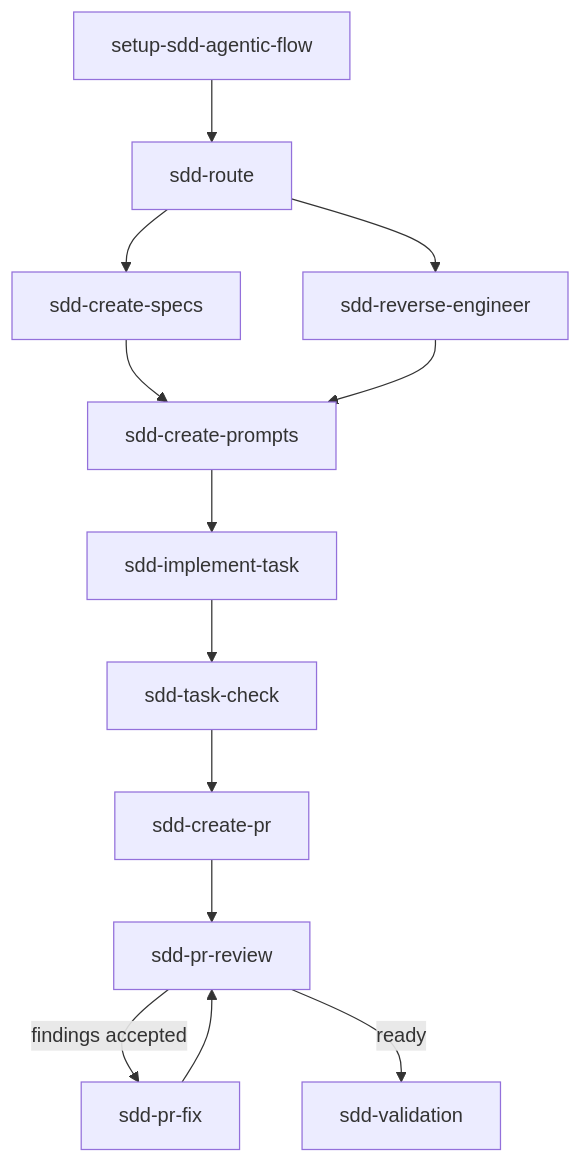
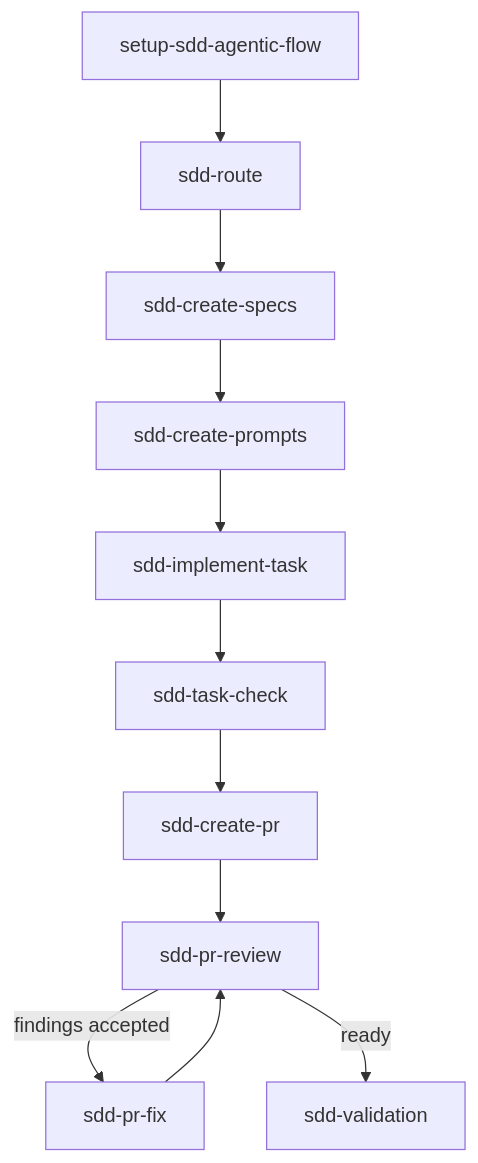
The diagram in README.md (gmartins-dev/sdd-agentic-flow), drawn with Mermaid before and after one commit. The commit also changed other lines of this file and 37 other files, not shown here.

First line of the commit message:
feat: v0.8.0 Flow Consolidation & Dynamic Project Context Release

````diff
--- a/README.md
+++ b/README.md
@@ -79,15 +82,13 @@
 ```mermaid
 flowchart TD
   setup[setup-sdd-agentic-flow] --> route[sdd-route]
   route --> specs[sdd-create-specs]
-  route --> reverse[sdd-reverse-engineer]
   specs --> prompts[sdd-create-prompts]
-  reverse --> prompts
   prompts --> implement[sdd-implement-task]
   implement --> check[sdd-task-check]
   check --> pr[sdd-create-pr]
   pr --> review[sdd-pr-review]
   review -->|findings accepted| fix[sdd-pr-fix]
   fix --> review
   review -->|ready| validate[sdd-validation]
 ```
````
